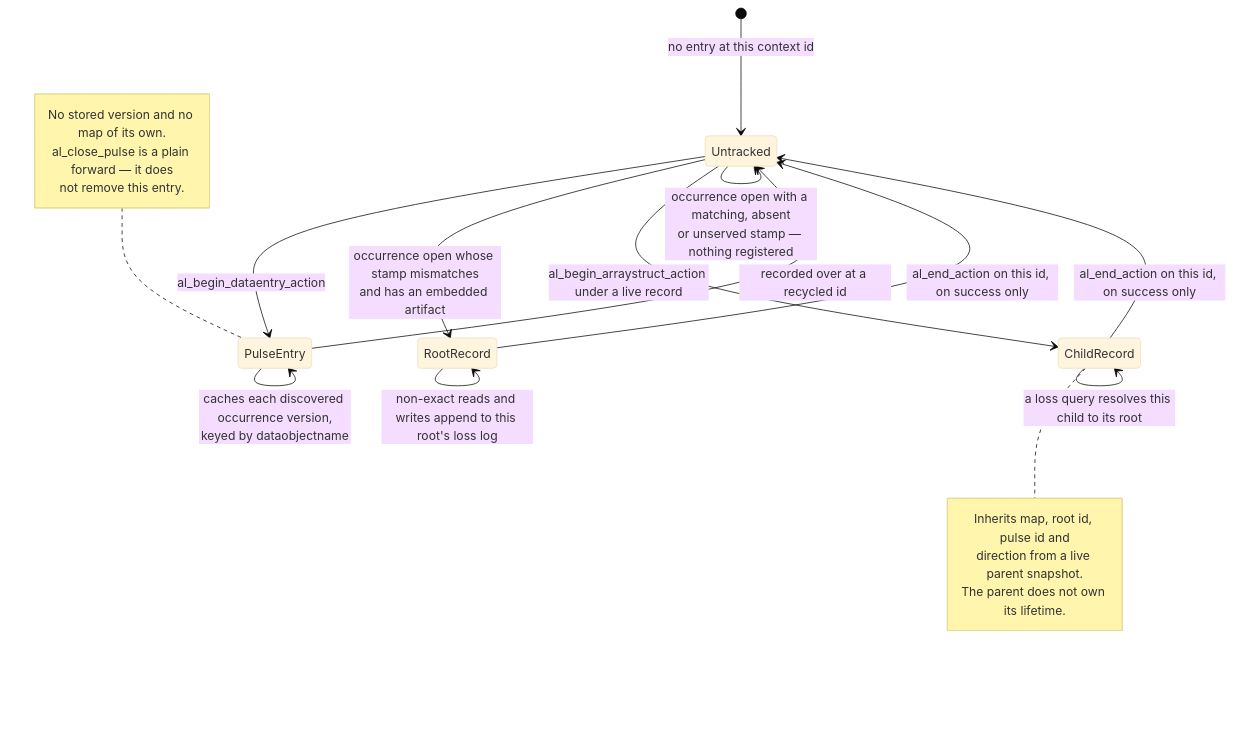
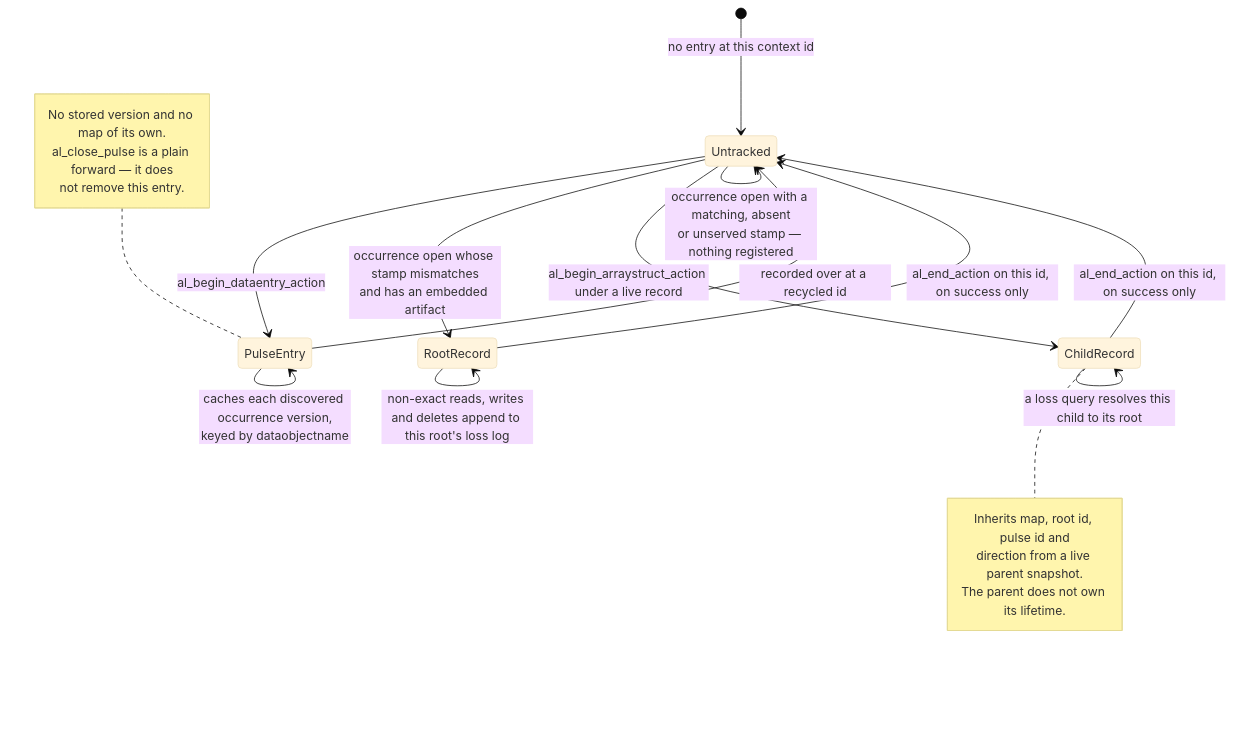
One commit to yohannmarguier/IMAS-Multiversion-DD-Loader changed diagram 11 of 11 in docs/ARCHITECTURE.md. Above: the diagram before and after it, drawn with Mermaid (base theme). The commit also changed other lines of this file and 14 other files, not shown here.

````diff
--- a/docs/ARCHITECTURE.md
+++ b/docs/ARCHITECTURE.md
@@ -747,29 +748,29 @@
 ```mermaid
 stateDiagram-v2
     [*] --> Untracked : no entry at this context id
 
     Untracked --> PulseEntry : al_begin_dataentry_action
     Untracked --> RootRecord : occurrence open whose stamp mismatches<br/>and has an embedded artifact
     Untracked --> ChildRecord : al_begin_arraystruct_action under a live record
     Untracked --> Untracked : occurrence open with a matching, absent<br/>or unserved stamp — nothing registered
 
     PulseEntry --> PulseEntry : caches each discovered occurrence version,<br/>keyed by dataobjectname
-    RootRecord --> RootRecord : non-exact reads and writes append to this root's loss log
+    RootRecord --> RootRecord : non-exact reads, writes and deletes append to this root's loss log
     ChildRecord --> ChildRecord : a loss query resolves this child to its root
 
     RootRecord --> Untracked : al_end_action on this id, on success only
     ChildRecord --> Untracked : al_end_action on this id, on success only
     PulseEntry --> Untracked : recorded over at a recycled id
 
     note left of PulseEntry
         No stored version and no map of its own.
         al_close_pulse is a plain forward — it does
         not remove this entry.
     end note
 
     note right of ChildRecord
         Inherits map, root id, pulse id and
         direction from a live parent snapshot.
         The parent does not own its lifetime.
     end note
 ```
````
